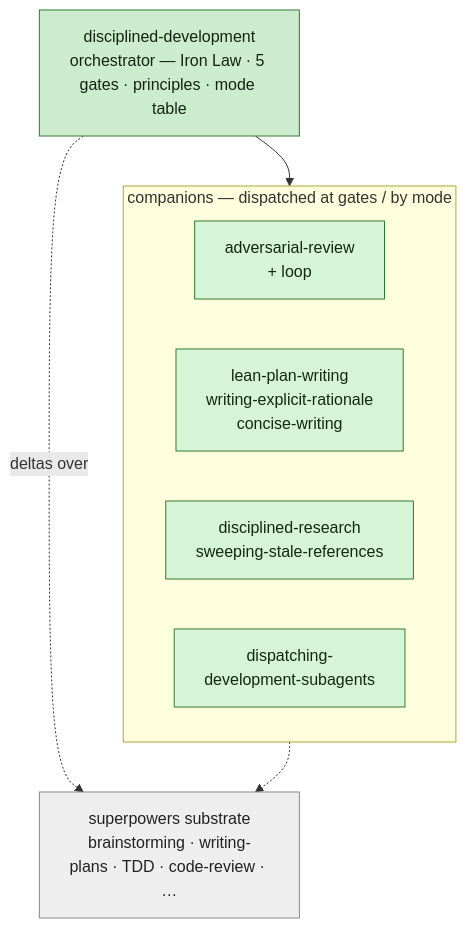
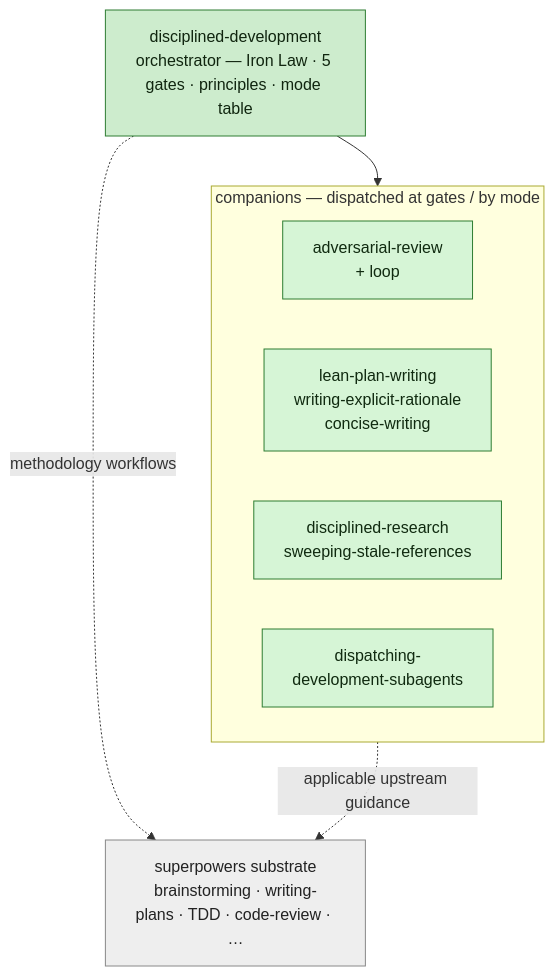
The second of 6 diagrams in ARCHITECTURE.md (midris/disciplined-development-skills), drawn with Mermaid before and after one commit. The commit also changed other lines of this file and 15 other files, not shown here.

````diff
--- a/ARCHITECTURE.md
+++ b/ARCHITECTURE.md
@@ -90,21 +89,21 @@
 ```mermaid
 flowchart TB
     DD["disciplined-development<br/>orchestrator — Iron Law · 5 gates · principles · mode table"]
     subgraph COMP["companions — dispatched at gates / by mode"]
         direction LR
         REV["adversarial-review<br/>+ loop"]
         AUTH["lean-plan-writing<br/>writing-explicit-rationale<br/>concise-writing"]
         GR["disciplined-research<br/>sweeping-stale-references"]
         DSP["dispatching-<br/>development-subagents"]
     end
     SP["superpowers substrate<br/>brainstorming · writing-plans · TDD · code-review · …"]
     DD --> COMP
-    DD -.->|"deltas over"| SP
-    COMP -.-> SP
+    DD -.->|"methodology workflows"| SP
+    COMP -.->|"applicable upstream guidance"| SP
     classDef o fill:#cdeccd,stroke:#2e7d32,color:#10250f;
     classDef c fill:#d6f5d6,stroke:#2e7d32,color:#102a10;
     classDef sp fill:#eeeeee,stroke:#888888,color:#222222;
     class DD o
     class REV,AUTH,GR,DSP c
     class SP sp
 ```
````
